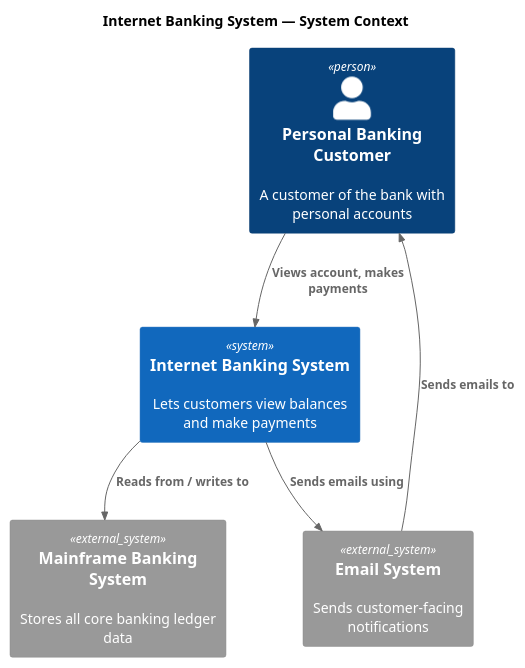
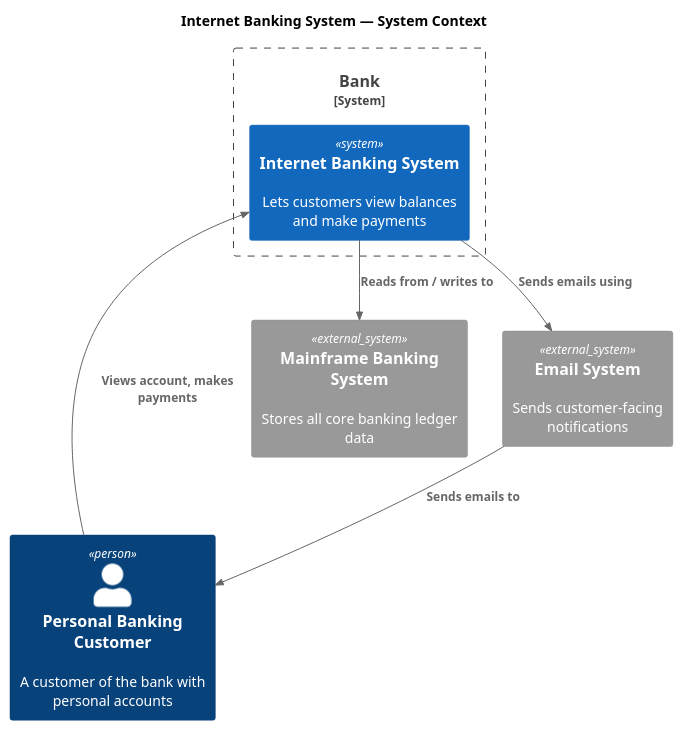
Before and after one commit to grahambrooks/puml: the diagram in examples/c4-context.puml, drawn with PlantUML. The commit also changed 10 other files, not shown here.

```diff
--- a/examples/c4-context.puml
+++ b/examples/c4-context.puml
@@ -1,17 +1,19 @@
 @startuml
 !include <C4/C4_Context>
 
 title Internet Banking System — System Context
 
 Person(customer, "Personal Banking Customer", "A customer of the bank with personal accounts")
 
-System(banking, "Internet Banking System", "Lets customers view balances and make payments")
+System_Boundary(bank, "Bank") {
+  System(banking, "Internet Banking System", "Lets customers view balances and make payments")
+}
 
 System_Ext(mainframe, "Mainframe Banking System", "Stores all core banking ledger data")
 System_Ext(email, "Email System", "Sends customer-facing notifications")
 
 Rel(customer, banking, "Views account, makes payments")
 Rel(banking, mainframe, "Reads from / writes to")
 Rel(banking, email, "Sends emails using")
 Rel(email, customer, "Sends emails to")
 @enduml
```
